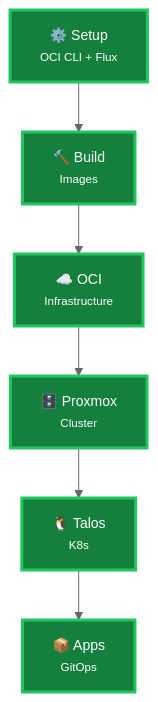
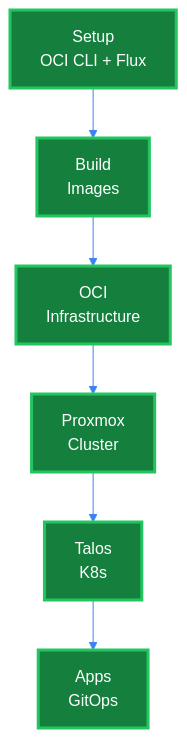
The first of 5 diagrams in docs/ARCHITECTURE-DIAGRAMS.md (syscode-labs/oci-free-tier-manager), drawn with Mermaid before and after one commit. The commit also changed other lines of this file and 2 other files, not shown here.

First line of the commit message:
fix: rewrite diagrams with explicit white text styling

````diff
--- a/docs/ARCHITECTURE-DIAGRAMS.md
+++ b/docs/ARCHITECTURE-DIAGRAMS.md
@@ -50,15 +26,19 @@
 ```mermaid
----
-config:
-  theme: neutral
----
+%%{init: {'theme':'base', 'themeVariables': { 'primaryColor':'#0891b2','primaryTextColor':'#fff','primaryBorderColor':'#06b6d4','lineColor':'#3b82f6','secondaryColor':'#7c3aed','tertiaryColor':'#14b8a6','textColor':'#fff','fontSize':'16px'}}}%%
 flowchart TB
-    Setup["⚙️ Setup<br/><small>OCI CLI + Flux</small>"] --> Build["🔨 Build<br/><small>Images</small>"]
-    Build --> OCI["☁️ OCI<br/><small>Infrastructure</small>"]
-    OCI --> Proxmox["🗄️ Proxmox<br/><small>Cluster</small>"]
-    Proxmox --> Talos["🐧 Talos<br/><small>K8s</small>"]
-    Talos --> Apps["📦 Apps<br/><small>GitOps</small>"]
+    Setup["Setup<br/>OCI CLI + Flux"]
+    Build["Build<br/>Images"]
+    OCI["OCI<br/>Infrastructure"]
+    Proxmox["Proxmox<br/>Cluster"]
+    Talos["Talos<br/>K8s"]
+    Apps["Apps<br/>GitOps"]
     
-    classDef phaseNode fill:#15803d,stroke:#22c55e,stroke-width:3px,color:#fff,font-size:14px
-    class Setup,Build,OCI,Proxmox,Talos,Apps phaseNode
+    Setup --> Build --> OCI --> Proxmox --> Talos --> Apps
+    
+    style Setup fill:#15803d,stroke:#22c55e,stroke-width:3px,color:#fff
+    style Build fill:#15803d,stroke:#22c55e,stroke-width:3px,color:#fff
+    style OCI fill:#15803d,stroke:#22c55e,stroke-width:3px,color:#fff
+    style Proxmox fill:#15803d,stroke:#22c55e,stroke-width:3px,color:#fff
+    style Talos fill:#15803d,stroke:#22c55e,stroke-width:3px,color:#fff
+    style Apps fill:#15803d,stroke:#22c55e,stroke-width:3px,color:#fff
 ```
````
